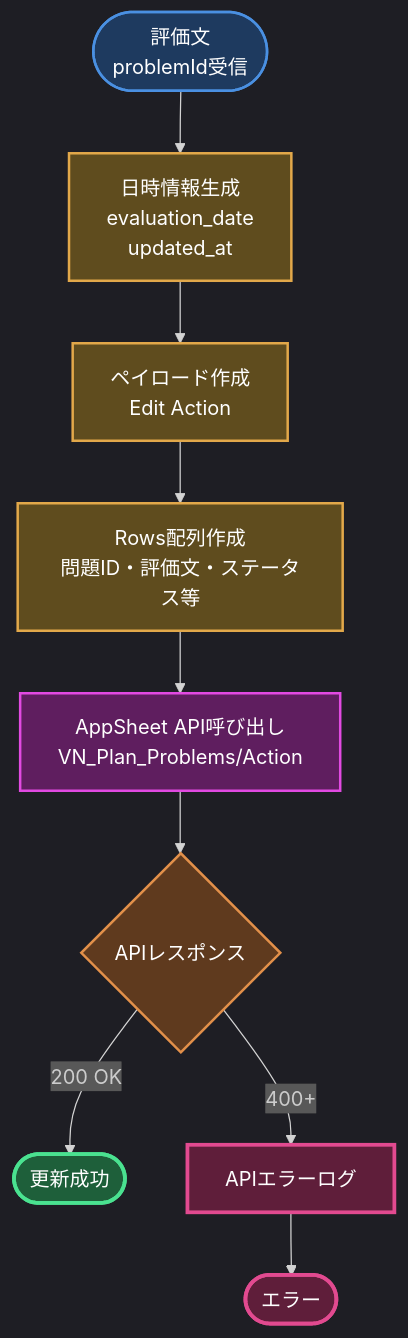
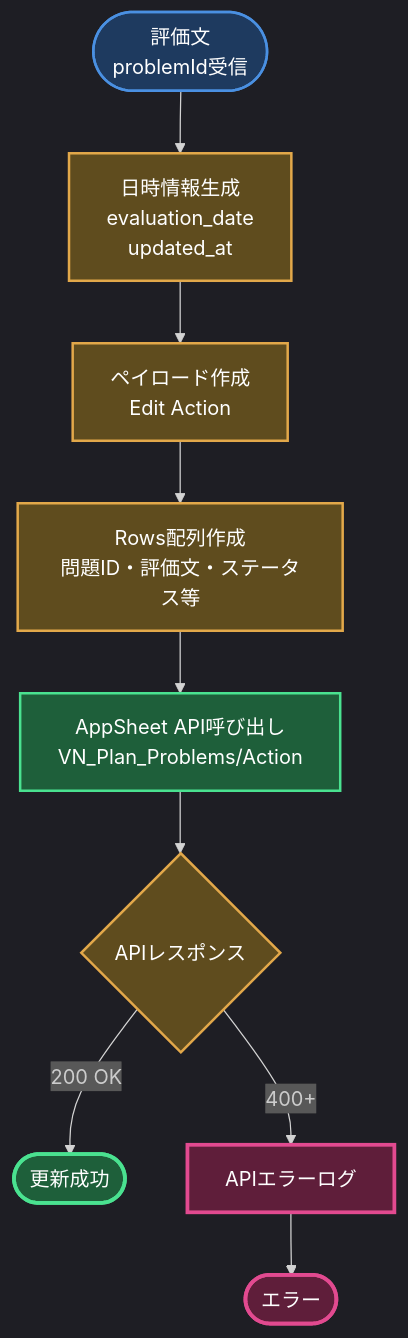
Before and after one commit to tasai-lab/appsheet-gas-automation: the third of 10 diagrams in gas_projects/projects/nursing/Appsheet_訪問看護_計画書問題点_評価/FLOW.md, drawn with Mermaid. The commit also changed other lines of this file and 15 other files, not shown here.

First line of the commit message:
docs: FLOW.mdにダークモード対応配色を適用 - 全15プロジェクト完了

````diff
--- a/gas_projects/projects/nursing/Appsheet_訪問看護_計画書問題点_評価/FLOW.md
+++ b/gas_projects/projects/nursing/Appsheet_訪問看護_計画書問題点_評価/FLOW.md
@@ -87,25 +87,25 @@
 ```mermaid
 %%{init: {'theme':'dark'}}%%
 graph TB
     Start([評価文<br/>problemId受信]):::input --> DateTime[日時情報生成<br/>evaluation_date<br/>updated_at]:::process
 
     DateTime --> BuildPayload[ペイロード作成<br/>Edit Action]:::process
 
     BuildPayload --> Payload[Rows配列作成<br/>問題ID・評価文・ステータス等]:::process
 
     Payload --> API[AppSheet API呼び出し<br/>VN_Plan_Problems/Action]:::appsheet
 
     API --> Response{APIレスポンス}:::decision
 
     Response -->|200 OK| Success([更新成功]):::success
     Response -->|400+| Error[APIエラーログ]:::error
 
     Error --> ErrorEnd([エラー]):::error
 
-    classDef input fill:#1e3a5f,stroke:#4a90e2,stroke-width:2px,color:#fff
-    classDef process fill:#5f4c1e,stroke:#e2a84a,stroke-width:2px,color:#fff
-    classDef decision fill:#5f3a1e,stroke:#e2904a,stroke-width:2px,color:#fff
-    classDef appsheet fill:#5f1e5f,stroke:#e24ae2,stroke-width:2px,color:#fff
-    classDef success fill:#1e5f3a,stroke:#4ae290,stroke-width:3px,color:#fff
-    classDef error fill:#5f1e3a,stroke:#e24a90,stroke-width:3px,color:#fff
+    classDef input fill:#1e3a5f,stroke:#4a90e2,stroke-width:2px,color:#ffffff
+    classDef process fill:#5f4c1e,stroke:#e2a84a,stroke-width:2px,color:#ffffff
+    classDef decision fill:#5f4c1e,stroke:#e2a84a,stroke-width:2px,color:#ffffff
+    classDef appsheet fill:#1e5f3a,stroke:#4ae290,stroke-width:2px,color:#ffffff
+    classDef success fill:#1e5f3a,stroke:#4ae290,stroke-width:3px,color:#ffffff
+    classDef error fill:#5f1e3a,stroke:#e24a90,stroke-width:3px,color:#ffffff
 ```
````
